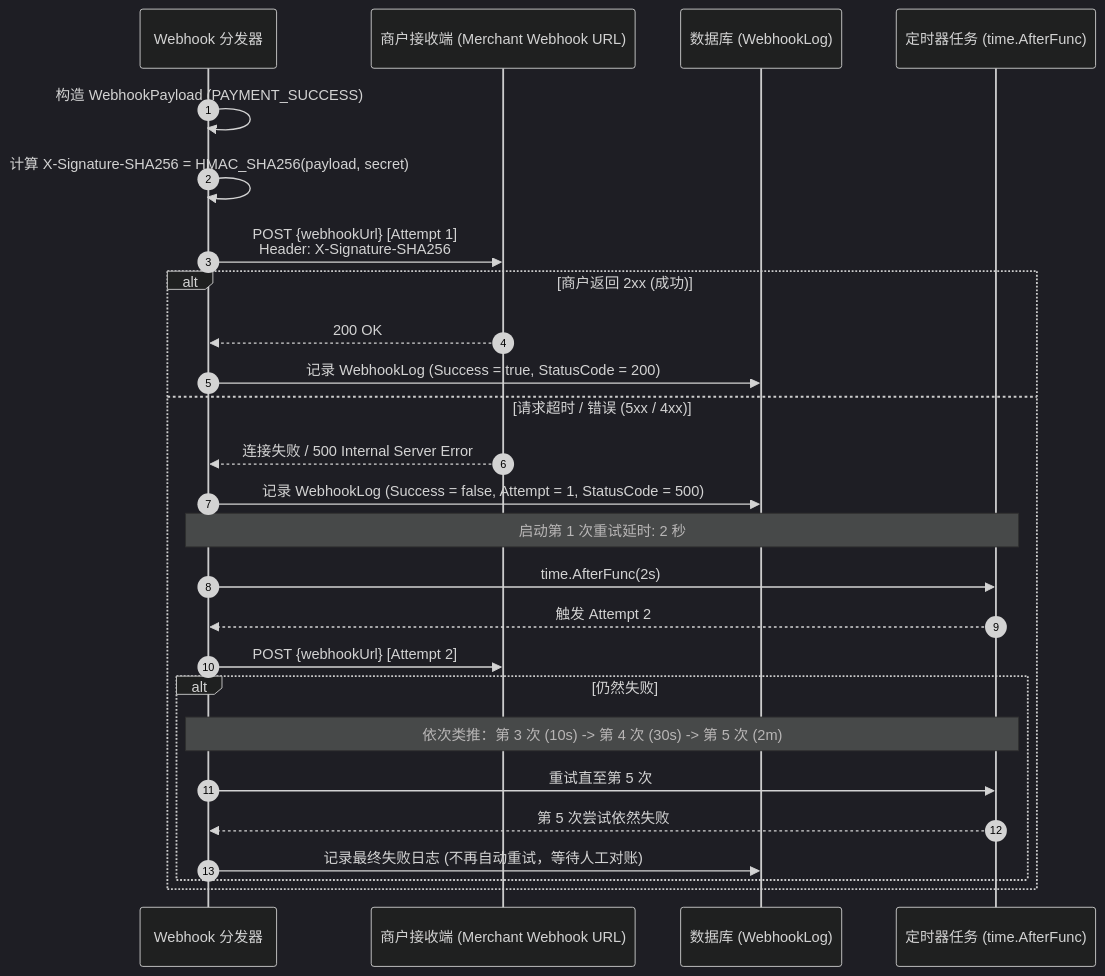
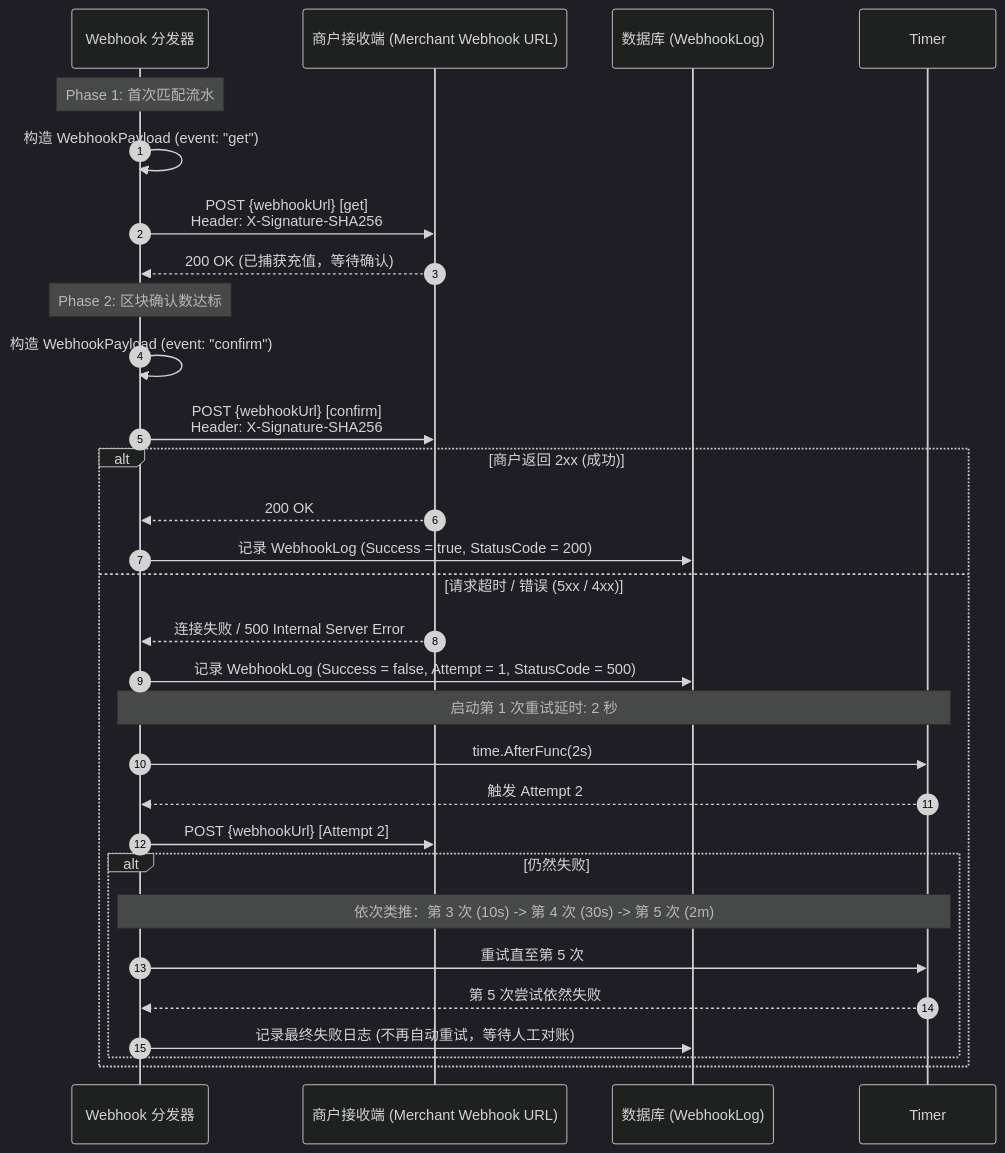
One commit to qualvey/crypdog changed the fifth of 9 diagrams in doc/flow.md. Above: the diagram before and after it, drawn with Mermaid (dark theme). The commit also changed other lines of this file and 24 other files, not shown here.

First line of the commit message:
feat: 支持充值双段 Webhook 回调机制 (get & confirm) 与系统增强

````diff
--- a/doc/flow.md
+++ b/doc/flow.md
@@ -246,33 +250,36 @@
 ```mermaid
 sequenceDiagram
     autonumber
     participant Dispatcher as Webhook 分发器
     participant Merchant as 商户接收端 (Merchant Webhook URL)
     participant DB as 数据库 (WebhookLog)
-    participant Timer as 定时器任务 (time.AfterFunc)
 
-    Dispatcher->>Dispatcher: 构造 WebhookPayload (PAYMENT_SUCCESS)
-    Dispatcher->>Dispatcher: 计算 X-Signature-SHA256 = HMAC_SHA256(payload, secret)
+    Note over Dispatcher: Phase 1: 首次匹配流水
+    Dispatcher->>Dispatcher: 构造 WebhookPayload (event: "get")
+    Dispatcher->>Merchant: POST {webhookUrl} [get]<br/>Header: X-Signature-SHA256
+    Merchant-->>Dispatcher: 200 OK (已捕获充值，等待确认)
 
-    Dispatcher->>Merchant: POST {webhookUrl} [Attempt 1]<br/>Header: X-Signature-SHA256
+    Note over Dispatcher: Phase 2: 区块确认数达标
+    Dispatcher->>Dispatcher: 构造 WebhookPayload (event: "confirm")
+    Dispatcher->>Merchant: POST {webhookUrl} [confirm]<br/>Header: X-Signature-SHA256
     
     alt 商户返回 2xx (成功)
         Merchant-->>Dispatcher: 200 OK
         Dispatcher->>DB: 记录 WebhookLog (Success = true, StatusCode = 200)
     else 请求超时 / 错误 (5xx / 4xx)
         Merchant-->>Dispatcher: 连接失败 / 500 Internal Server Error
         Dispatcher->>DB: 记录 WebhookLog (Success = false, Attempt = 1, StatusCode = 500)
         
         Note over Dispatcher,Timer: 启动第 1 次重试延时: 2 秒
         Dispatcher->>Timer: time.AfterFunc(2s)
         Timer-->>Dispatcher: 触发 Attempt 2
         Dispatcher->>Merchant: POST {webhookUrl} [Attempt 2]
         
         alt 仍然失败
             Note over Dispatcher,Timer: 依次类推：第 3 次 (10s) -> 第 4 次 (30s) -> 第 5 次 (2m)
             Dispatcher->>Timer: 重试直至第 5 次
             Timer-->>Dispatcher: 第 5 次尝试依然失败
             Dispatcher->>DB: 记录最终失败日志 (不再自动重试，等待人工对账)
         end
     end
 ```
````
